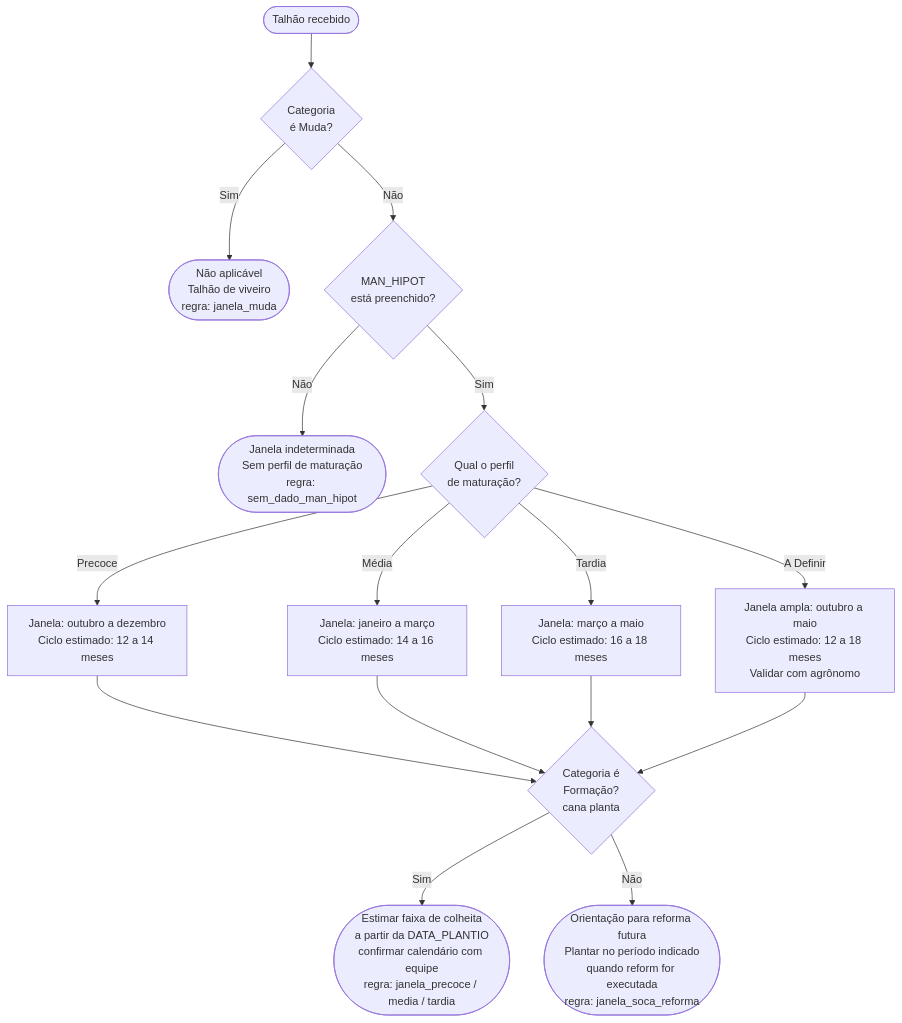
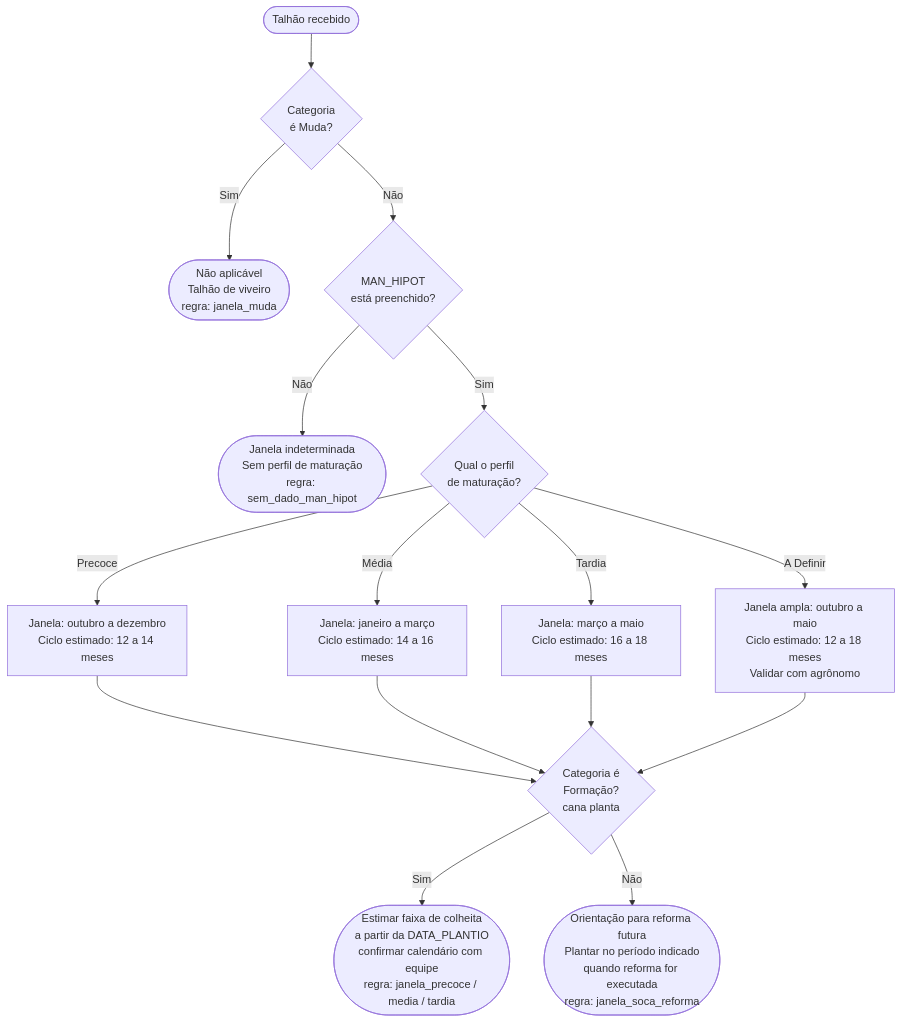
One commit to AgroTech-Inteli-ATI/2026_01_Atvos_G2 changed the sixth of 6 diagrams in docs/docs/Sprint 2/motor-de-regras-gold.md. Above: the diagram before and after it, drawn with Mermaid. The commit also changed other lines of this file, not shown here.

````diff
--- a/docs/docs/Sprint 2/motor-de-regras-gold.md
+++ b/docs/docs/Sprint 2/motor-de-regras-gold.md
@@ -194,24 +225,24 @@
 ```mermaid
 flowchart TD
 
     A([Talhão recebido]) --> B{Categoria\né Muda?}
 
     B -- Sim --> Z1([Não aplicável\nTalhão de viveiro\nregra: janela_muda])
 
     B -- Não --> C{MAN_HIPOT\nestá preenchido?}
 
     C -- Não --> Z2([Janela indeterminada\nSem perfil de maturação\nregra: sem_dado_man_hipot])
 
     C -- Sim --> D{Qual o perfil\nde maturação?}
 
     D -- Precoce --> E[Janela: outubro a dezembro\nCiclo estimado: 12 a 14 meses]
     D -- Média --> F[Janela: janeiro a março\nCiclo estimado: 14 a 16 meses]
     D -- Tardia --> G[Janela: março a maio\nCiclo estimado: 16 a 18 meses]
     D -- A Definir --> H[Janela ampla: outubro a maio\nCiclo estimado: 12 a 18 meses\nValidar com agrônomo]
 
     E & F & G & H --> I{Categoria é\nFormação?\ncana planta}
 
     I -- Sim --> J([Estimar faixa de colheita\na partir da DATA_PLANTIO\nconfirmar calendário com equipe\nregra: janela_precoce / media / tardia])
 
-    I -- Não --> K([Orientação para reforma futura\nPlantar no período indicado\nquando reform for executada\nregra: janela_soca_reforma])
+    I -- Não --> K([Orientação para reforma futura\nPlantar no período indicado\nquando reforma for executada\nregra: janela_soca_reforma])
 ```
````
